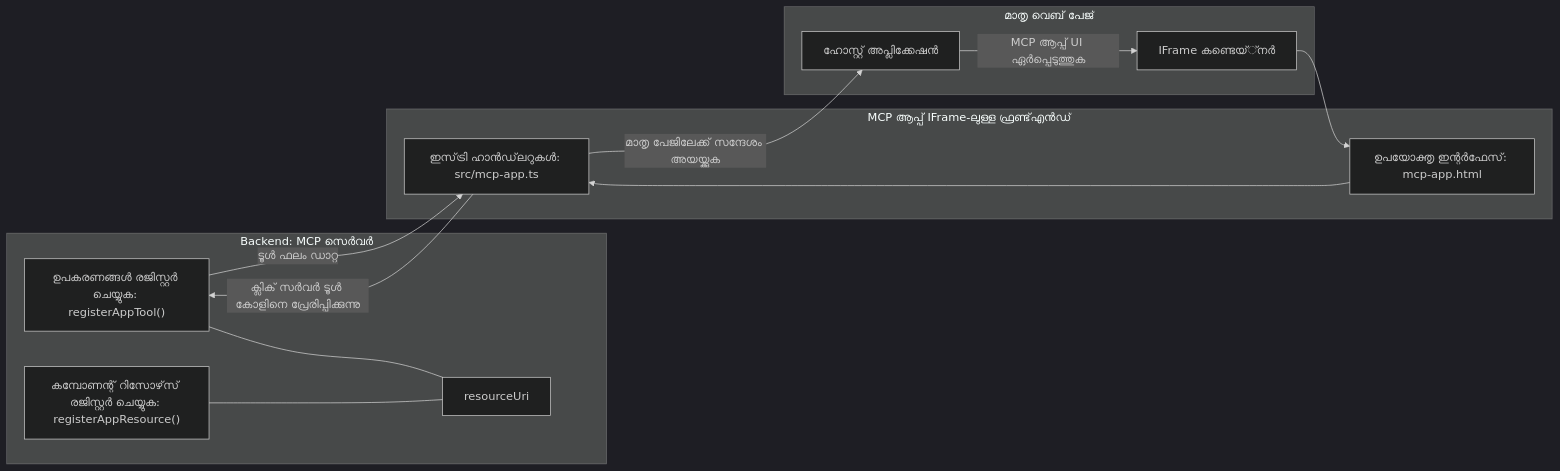
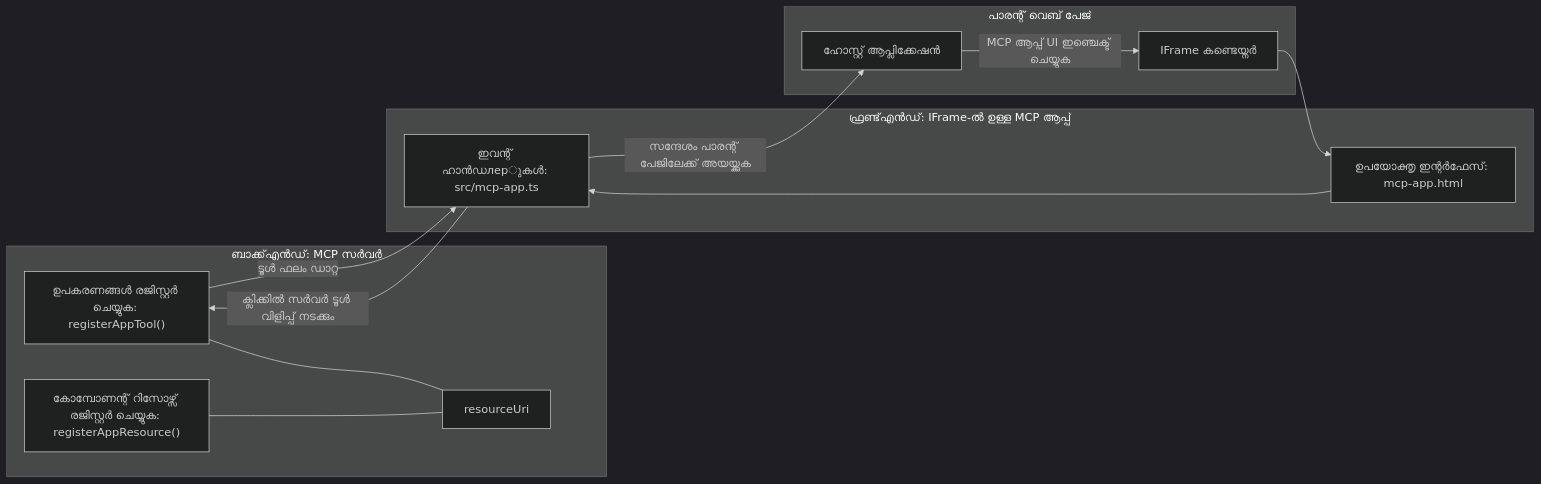
One commit to HIDORAKAI002/ai-workspace-archive changed the diagram in mcp_ecosystem__model_context_protocol/mcp_learning_resources/mcp-for-beginners/translations/ml/03-GettingStarted/15-mcp-apps/README.md. Above: the diagram before and after it, drawn with Mermaid (dark theme). The commit also changed other lines of this file and 1160 other files, not shown here.

````diff
--- a/mcp_ecosystem__model_context_protocol/mcp_learning_resources/mcp-for-beginners/translations/ml/03-GettingStarted/15-mcp-apps/README.md
+++ b/mcp_ecosystem__model_context_protocol/mcp_learning_resources/mcp-for-beginners/translations/ml/03-GettingStarted/15-mcp-apps/README.md
@@ -32,27 +32,27 @@
 ```mermaid
 flowchart LR
-  subgraph Backend[Backend: MCP സെർവർ]
+  subgraph Backend[ബാക്ക്എൻഡ്: MCP സർവർ]
     T["ഉപകരണങ്ങൾ രജിസ്റ്റർ ചെയ്യുക: registerAppTool()"]
-    C["കമ്പോണന്റ് റിസോഴ്‌സ് രജിസ്റ്റർ ചെയ്യുക: registerAppResource()"]
+    C["കോമ്പോണന്റ് റിസോഴ്സ് രജിസ്റ്റർ ചെയ്യുക: registerAppResource()"]
     U[resourceUri]
     T --- U
     C --- U
   end
 
-  subgraph Parent[മാതൃ വെബ് പേജ്]
-    H[ഹോസ്റ്റ് അപ്ലിക്കേഷൻ]
-    IFRAME[IFrame കണ്ടെയ്്നർ]
-    H -->|MCP ആപ്പ് UI ഏർപ്പെടുത്തുക| IFRAME
+  subgraph Parent[പാരന്റ് വെബ് പേജ്]
+    H[ഹോസ്റ്റ് ആപ്ലിക്കേഷൻ]
+    IFRAME[IFrame കണ്ടെയ്നർ]
+    H -->|MCP ആപ്പ് UI ഇഞ്ചെക്ട് ചെയ്യുക| IFRAME
   end
 
-  subgraph Frontend[MCP ആപ്പ് IFrame-ലുള്ള ഫ്രണ്ട്‌എൻഡ്]
+  subgraph Frontend[ഫ്രണ്ട്‌എൻഡ്: IFrame-ൽ ഉള്ള MCP ആപ്പ്]
     UI["ഉപയോക്തൃ ഇന്റർഫേസ്: mcp-app.html"]
-    EH["ഇസ്‌ട്രി ഹാൻഡ്‌ലറുകൾ: src/mcp-app.ts"]
+    EH["ഇവന്റ് ഹാൻഡлерുകൾ: src/mcp-app.ts"]
     UI --> EH
   end
 
   IFRAME --> UI
-  EH -->| ക്ലിക് സർവർ ടൂൾ കോളിനെ പ്രേരിപ്പിക്കുന്നു| T
+  EH -->|ക്ലിക്കിൽ സർവർ ടൂൾ വിളിപ്പ് നടക്കും| T
   T -->|ടൂൾ ഫലം ഡാറ്റ| EH
-  EH -->|മാതൃ പേജിലേക്ക് സന്ദേശം അയയ്ക്കുക| H
-```
+  EH -->|സന്ദേശം പാരന്റ് പേജിലേക്ക് അയയ്ക്കുക| H
+```  
````
